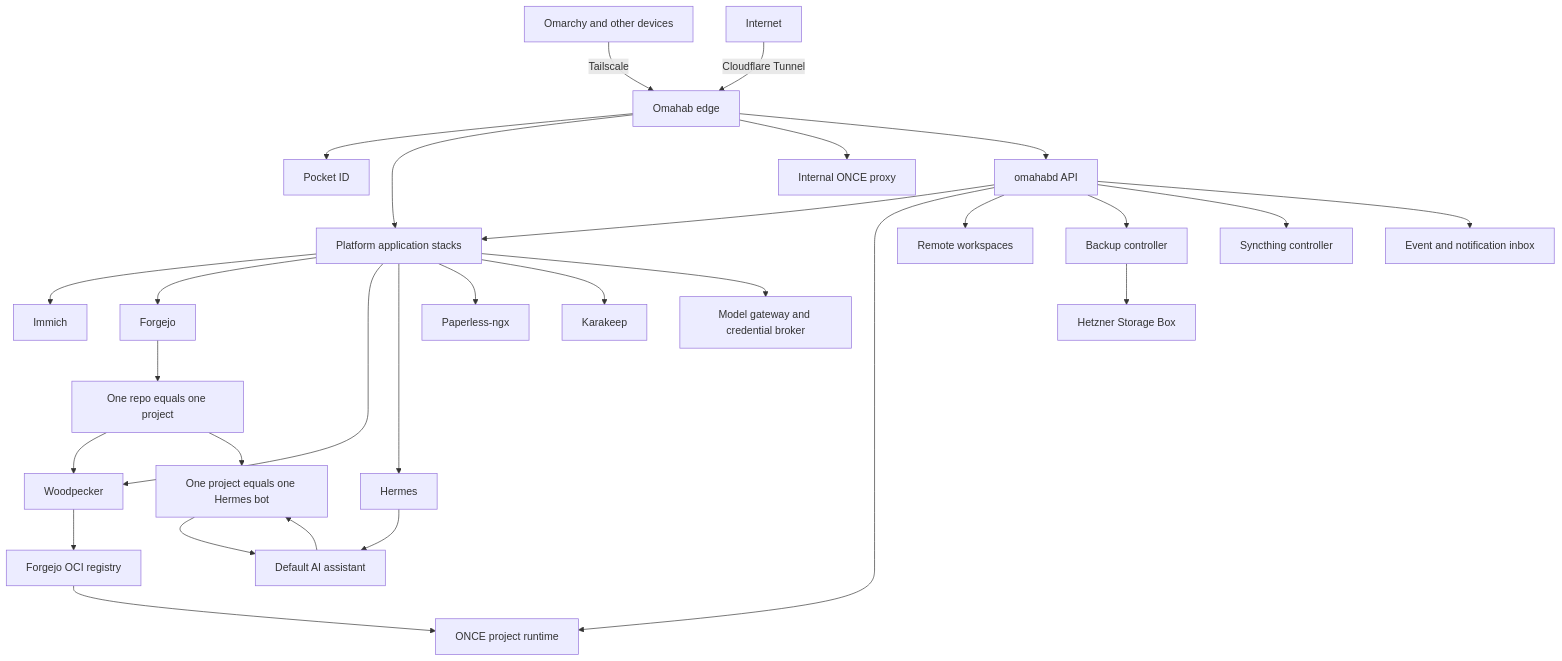
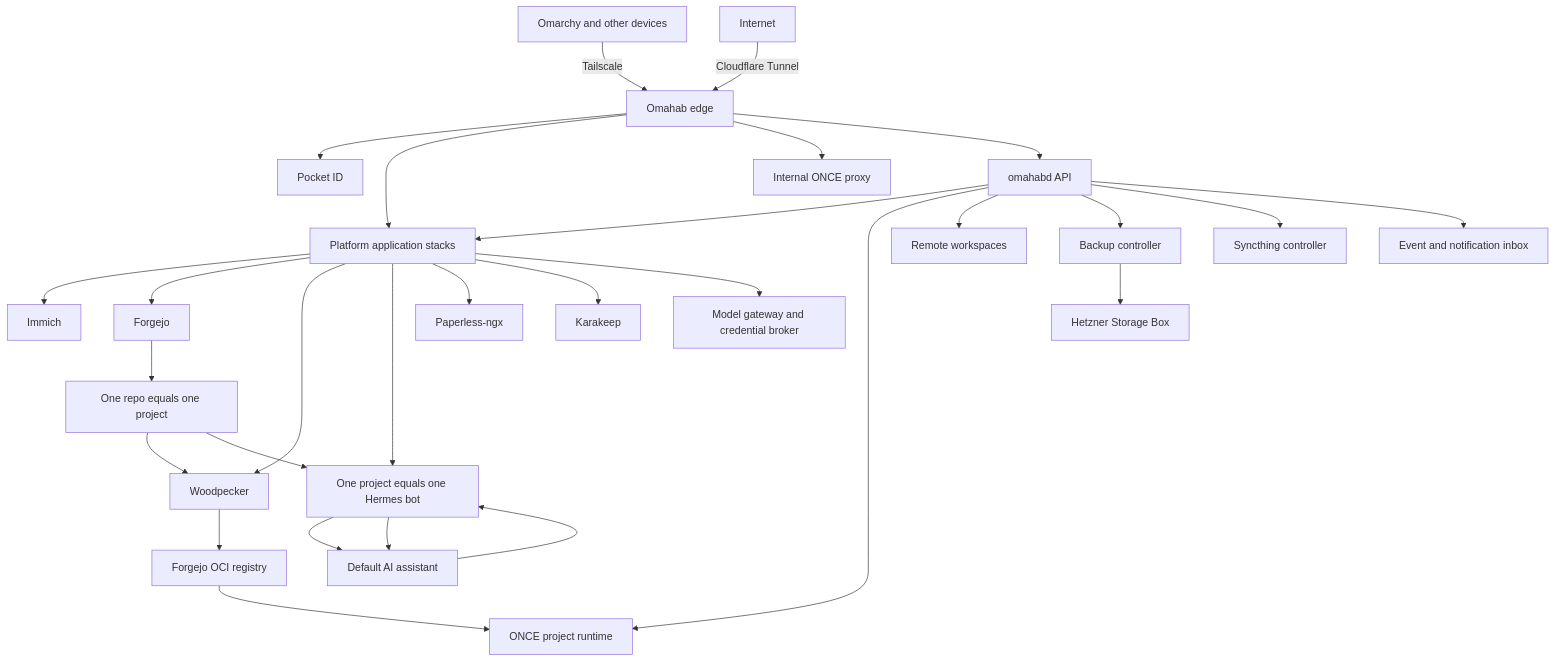
The diagram in DESIGN.md (davidgilesgt/omahab), drawn with Mermaid before and after one commit. The commit also changed other lines of this file and 31 other files, not shown here.

````diff
--- a/DESIGN.md
+++ b/DESIGN.md
@@ -83,37 +83,37 @@
 ```mermaid
 flowchart TD
     Devices[Omarchy and other devices] -->|Tailscale| Edge[Omahab edge]
     Internet -->|Cloudflare Tunnel| Edge
 
     Edge --> Identity[Pocket ID]
     Edge --> Platform[Platform application stacks]
     Edge --> ProjectProxy[Internal ONCE proxy]
     Edge --> API[omahabd API]
 
     API --> Platform
     API --> ProjectRuntime[ONCE project runtime]
     API --> Workspaces[Remote workspaces]
     API --> Backup[Backup controller]
     API --> Sync[Syncthing controller]
     API --> Events[Event and notification inbox]
 
     Platform --> Immich
     Platform --> Forgejo
     Platform --> Woodpecker
     Platform --> Hermes
     Platform --> Paperless[Paperless-ngx]
     Platform --> Karakeep
     Platform --> Models[Model gateway and credential broker]
 
     Forgejo --> Projects[One repo equals one project]
     Projects --> Woodpecker
     Woodpecker --> Registry[Forgejo OCI registry]
     Registry --> ProjectRuntime
 
-    Projects --> ProjectBots[One project equals one Hermes bot]
+    Projects --> Hermes[One project equals one Hermes bot]
     Hermes --> DefaultAI[Default AI assistant]
-    DefaultAI --> ProjectBots
-    ProjectBots --> DefaultAI
+    DefaultAI --> Hermes
+    Hermes --> DefaultAI
 
     Backup --> Hetzner[Hetzner Storage Box]
 ```
````
